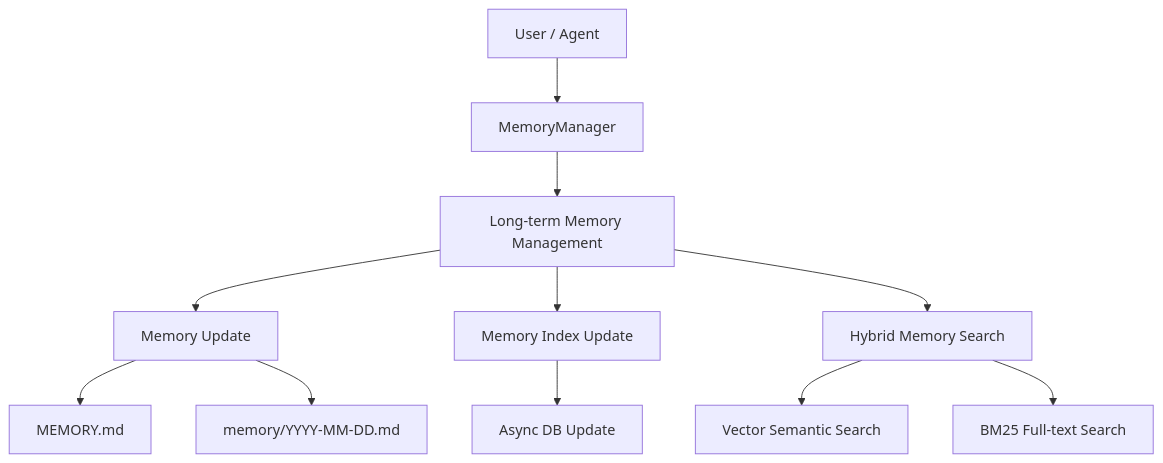
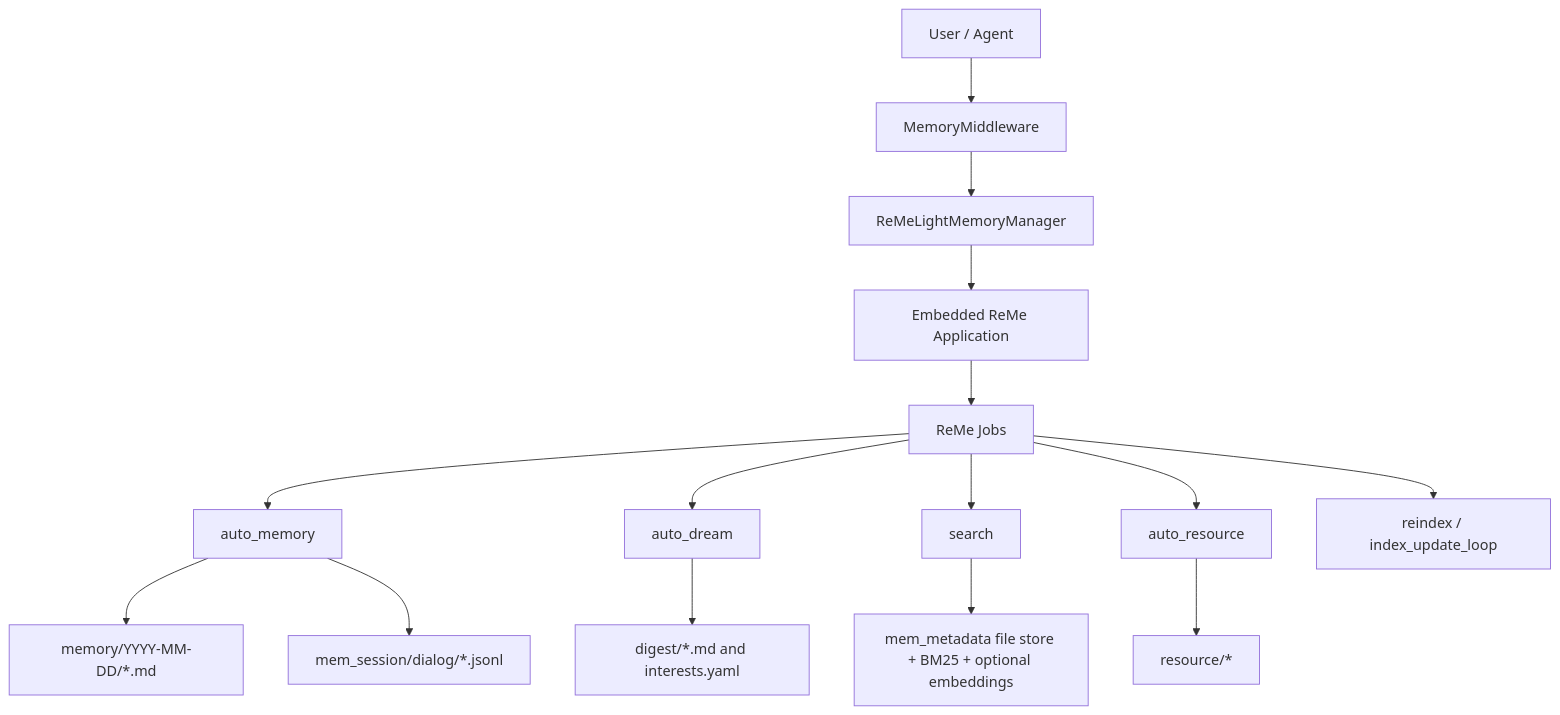
The first of 2 diagrams in website/public/docs/memory.en.md (agentscope-ai/QwenPaw), drawn with Mermaid before and after one commit. The commit also changed other lines of this file and 5 other files, not shown here.

````diff
--- a/website/public/docs/memory.en.md
+++ b/website/public/docs/memory.en.md
@@ -12,13 +13,17 @@
 ```mermaid
 graph TB
-    User[User / Agent] --> MM[MemoryManager]
-    MM --> MemoryMgmt[Long-term Memory Management]
-    MemoryMgmt --> FileTools[Memory Update]
-    MemoryMgmt --> Watcher[Memory Index Update]
-    MemoryMgmt --> SearchLayer[Hybrid Memory Search]
-    FileTools --> LTM[MEMORY.md]
-    FileTools --> DailyLog[memory/YYYY-MM-DD.md]
-    Watcher --> Index[Async DB Update]
-    SearchLayer --> VectorSearch[Vector Semantic Search]
-    SearchLayer --> BM25[BM25 Full-text Search]
+    User[User / Agent] --> Middleware[MemoryMiddleware]
+    Middleware --> Manager[ReMeLightMemoryManager]
+    Manager --> ReMe[Embedded ReMe Application]
+    ReMe --> Jobs[ReMe Jobs]
+    Jobs --> AutoMemory[auto_memory]
+    Jobs --> AutoDream[auto_dream]
+    Jobs --> Search[search]
+    Jobs --> Resource[auto_resource]
+    Jobs --> Reindex[reindex / index_update_loop]
+    AutoMemory --> Daily[memory/YYYY-MM-DD/*.md]
+    AutoMemory --> Session[mem_session/dialog/*.jsonl]
+    AutoDream --> Digest[digest/*.md and interests.yaml]
+    Resource --> ResourceDir[resource/*]
+    Search --> Store[mem_metadata file store + BM25 + optional embeddings]
 ```
````
